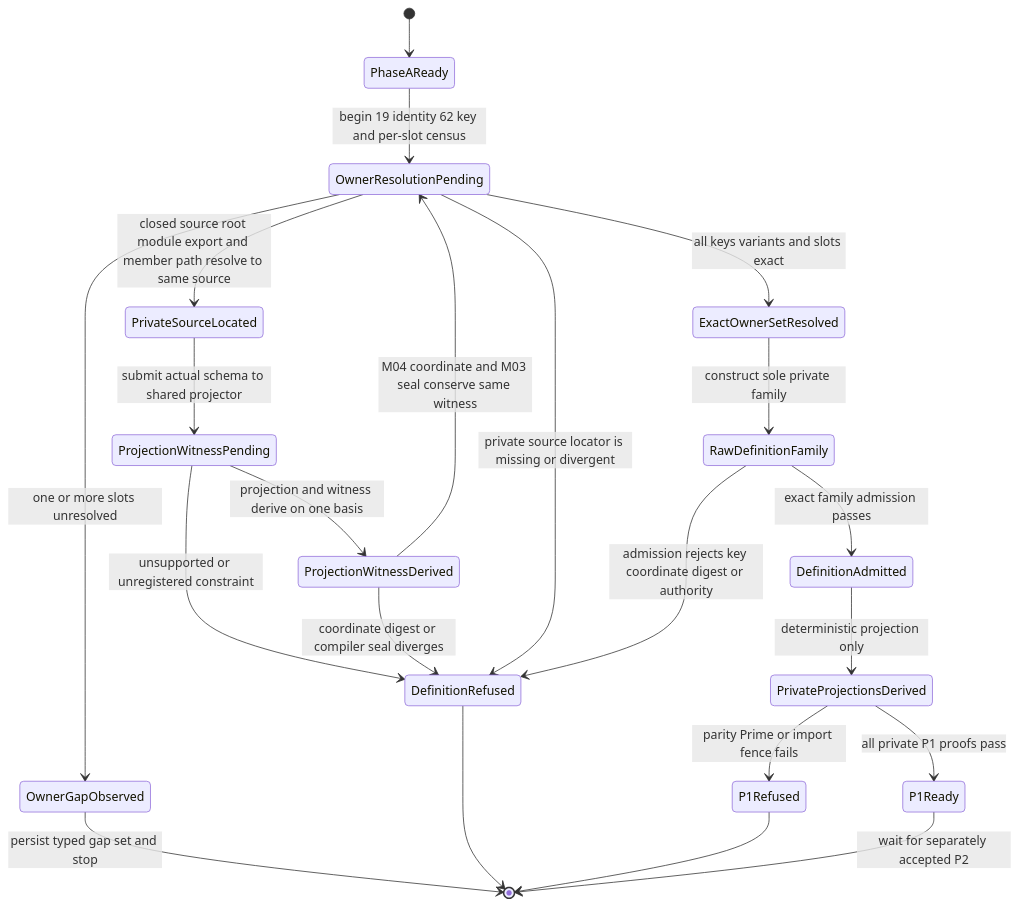
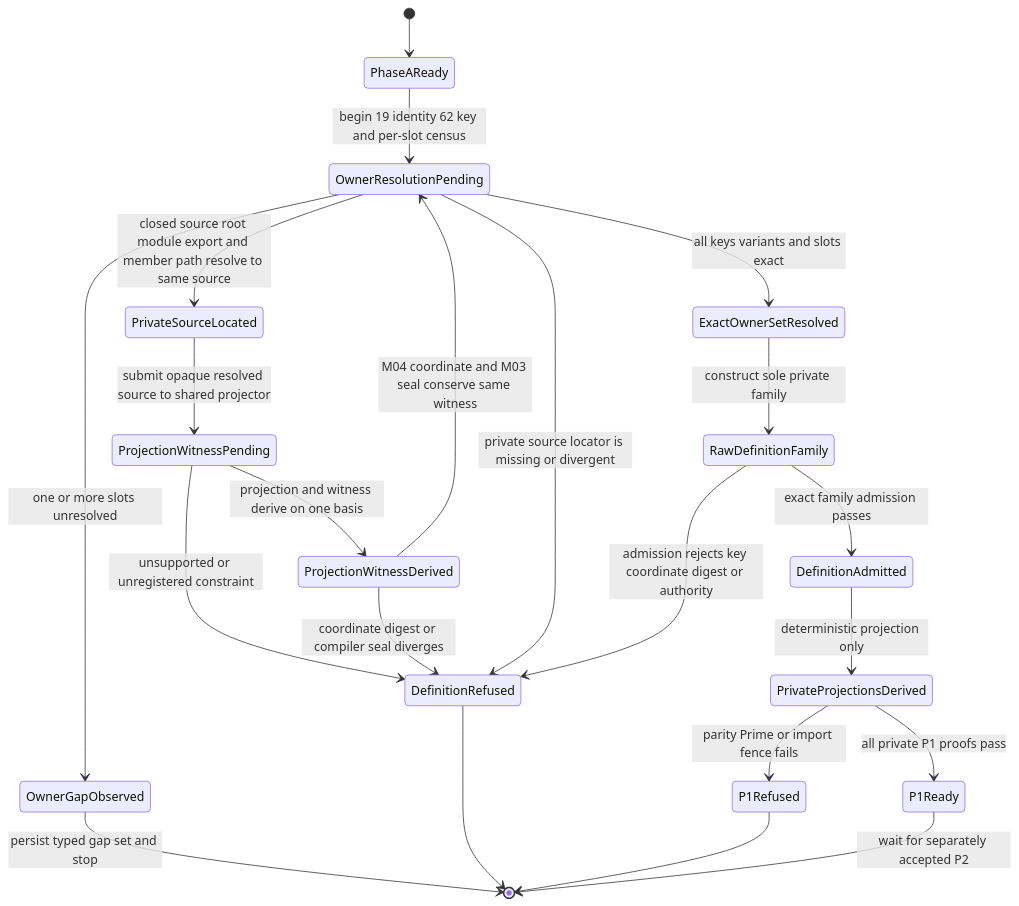
The third of 3 diagrams in build_tenants/abiogenesis/typescript/design/M04_PUBLIC_OPERATION_DEFINITION_FAMILY_BEHAVIOR_DESIGN.md (foolishimp/abiogenesis), drawn with Mermaid before and after one commit. The commit also changed other lines of this file and 18 other files, not shown here.

Commit message:
fix(t281): bind native schema sources to compiled owners

````diff
--- a/build_tenants/abiogenesis/typescript/design/M04_PUBLIC_OPERATION_DEFINITION_FAMILY_BEHAVIOR_DESIGN.md
+++ b/build_tenants/abiogenesis/typescript/design/M04_PUBLIC_OPERATION_DEFINITION_FAMILY_BEHAVIOR_DESIGN.md
@@ -1151,24 +1203,24 @@
 ```mermaid
 stateDiagram-v2
   [*] --> PhaseAReady
   PhaseAReady --> OwnerResolutionPending: begin 19 identity 62 key and per-slot census
   OwnerResolutionPending --> PrivateSourceLocated: closed source root module export and member path resolve to same source
-  PrivateSourceLocated --> ProjectionWitnessPending: submit actual schema to shared projector
+  PrivateSourceLocated --> ProjectionWitnessPending: submit opaque resolved source to shared projector
   ProjectionWitnessPending --> ProjectionWitnessDerived: projection and witness derive on one basis
   ProjectionWitnessPending --> DefinitionRefused: unsupported or unregistered constraint
   ProjectionWitnessDerived --> OwnerResolutionPending: M04 coordinate and M03 seal conserve same witness
   ProjectionWitnessDerived --> DefinitionRefused: coordinate digest or compiler seal diverges
   OwnerResolutionPending --> DefinitionRefused: private source locator is missing or divergent
   OwnerResolutionPending --> OwnerGapObserved: one or more slots unresolved
   OwnerResolutionPending --> ExactOwnerSetResolved: all keys variants and slots exact
   ExactOwnerSetResolved --> RawDefinitionFamily: construct sole private family
   RawDefinitionFamily --> DefinitionRefused: admission rejects key coordinate digest or authority
   RawDefinitionFamily --> DefinitionAdmitted: exact family admission passes
   DefinitionAdmitted --> PrivateProjectionsDerived: deterministic projection only
   PrivateProjectionsDerived --> P1Refused: parity Prime or import fence fails
   PrivateProjectionsDerived --> P1Ready: all private P1 proofs pass
   OwnerGapObserved --> [*]: persist typed gap set and stop
   DefinitionRefused --> [*]
   P1Refused --> [*]
   P1Ready --> [*]: wait for separately accepted P2
 ```
````
